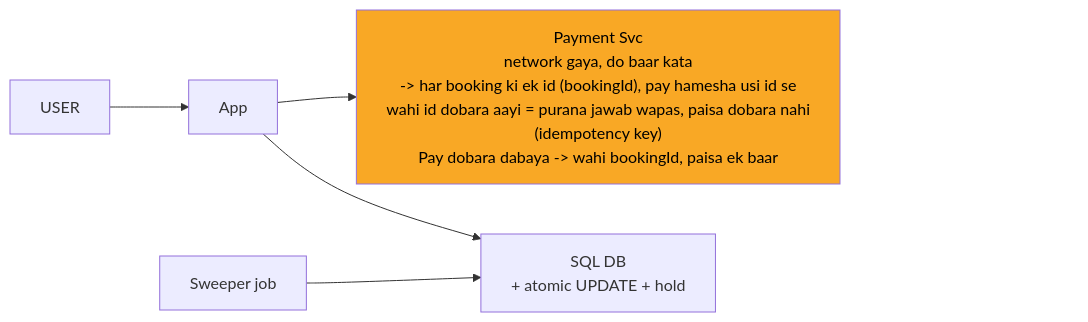
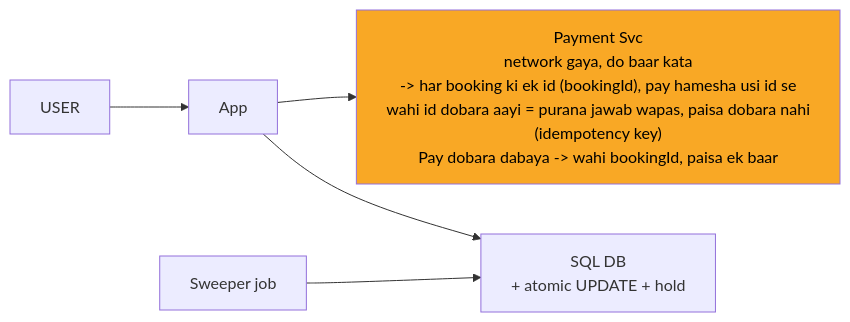
One commit to ArpanMaheshwari144/Prep changed the fourth of 9 diagrams in 04_HLD/SYSTEM_DESIGNS/09_bookmyshow/09_bookmyshow_INTERVIEW.md. Above: the diagram before and after it, drawn with Mermaid. The commit also changed other lines of this file and 182 other files, not shown here.

Commit message:
hld 14 file: har diagram mermaid-cli se SVG image (source details me), n_pad hataya, render tool 04_HLD/tools

````diff
--- a/04_HLD/SYSTEM_DESIGNS/09_bookmyshow/09_bookmyshow_INTERVIEW.md
+++ b/04_HLD/SYSTEM_DESIGNS/09_bookmyshow/09_bookmyshow_INTERVIEW.md
@@ -175,17 +191,14 @@
 ```mermaid
 %%{init: {"flowchart": {"wrappingWidth": 450}}}%%
 flowchart LR
     n_USER["USER"]
     n_App["App"]
     n_Payment_Svc["Payment Svc<br/>network gaya, do baar kata<br/>-> har booking ki ek id (bookingId), pay hamesha usi id se<br/>wahi id dobara aayi = purana jawab wapas, paisa dobara nahi<br/>(idempotency key)<br/>Pay dobara dabaya -> wahi bookingId, paisa ek baar"]
     n_SQL_DB["SQL DB<br/>+ atomic UPDATE + hold"]
     n_Sweeper_job["Sweeper job"]
     n_USER --> n_App
     n_App --> n_Payment_Svc
     n_App --> n_SQL_DB
     n_Sweeper_job --> n_SQL_DB
-    n_pad["xxxxxxxxxxxxxxxx"]
-    n_Payment_Svc ~~~ n_pad
     style n_Payment_Svc fill:#f9a825,color:#000
-    style n_pad fill:none,stroke:none,color:#ffffff00
 ```
````
